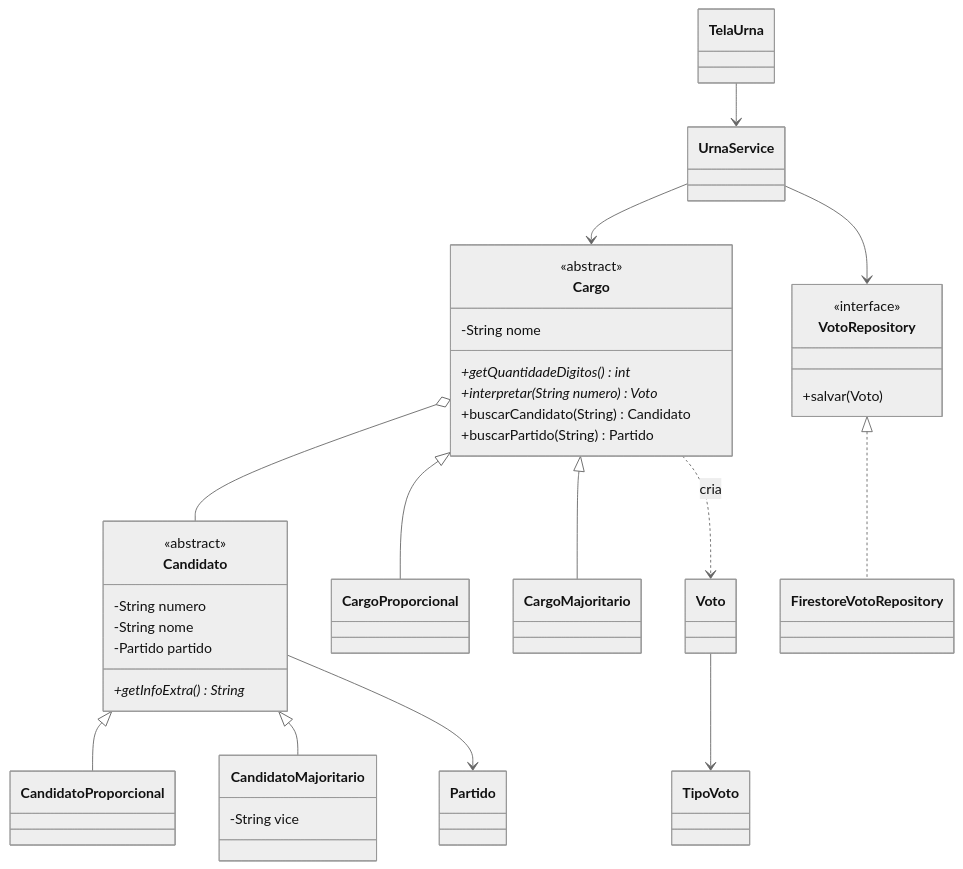
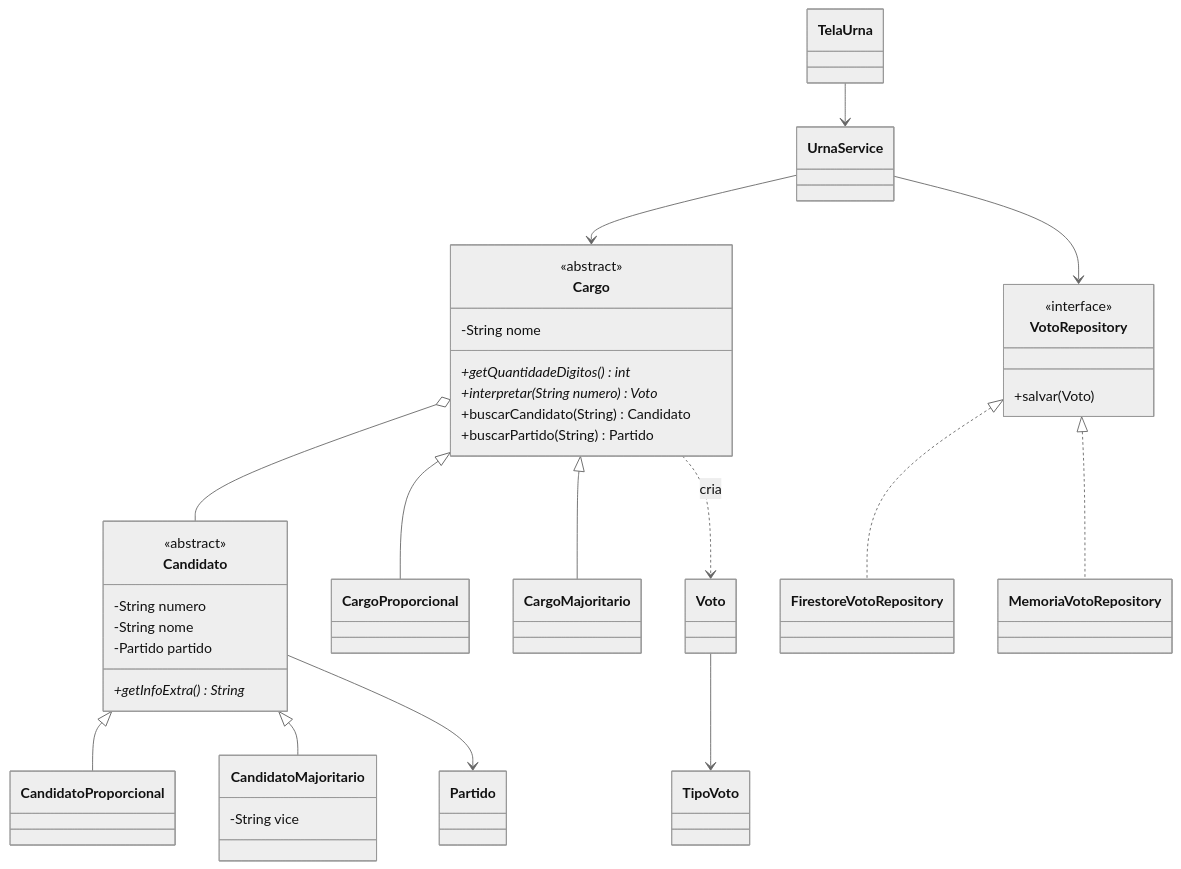
Before and after one commit to Guilherme-Bittencourt/urna-cidada: the diagram in README.md, drawn with Mermaid (neutral theme). The commit also changed other lines of this file and 2 other files, not shown here.

````diff
--- a/README.md
+++ b/README.md
@@ -85,38 +88,39 @@
 ```mermaid
 classDiagram
     class Candidato {
         <<abstract>>
         -String numero
         -String nome
         -Partido partido
         +getInfoExtra()* String
     }
     Candidato <|-- CandidatoProporcional
     Candidato <|-- CandidatoMajoritario
     CandidatoMajoritario : -String vice
     Candidato --> Partido
 
     class Cargo {
         <<abstract>>
         -String nome
         +getQuantidadeDigitos()* int
         +interpretar(String numero)* Voto
         +buscarCandidato(String) Candidato
         +buscarPartido(String) Partido
     }
     Cargo <|-- CargoProporcional
     Cargo <|-- CargoMajoritario
     Cargo o-- Candidato
     Cargo ..> Voto : cria
     Voto --> TipoVoto
 
     class VotoRepository {
         <<interface>>
         +salvar(Voto)
     }
     VotoRepository <|.. FirestoreVotoRepository
+    VotoRepository <|.. MemoriaVotoRepository
 
     UrnaService --> Cargo
     UrnaService --> VotoRepository
     TelaUrna --> UrnaService
 ```
````
